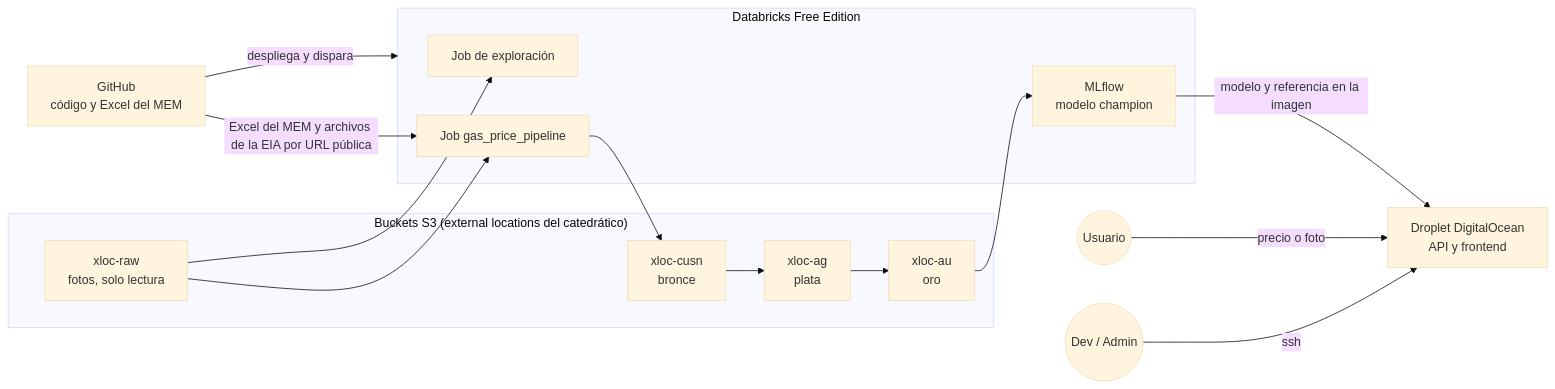
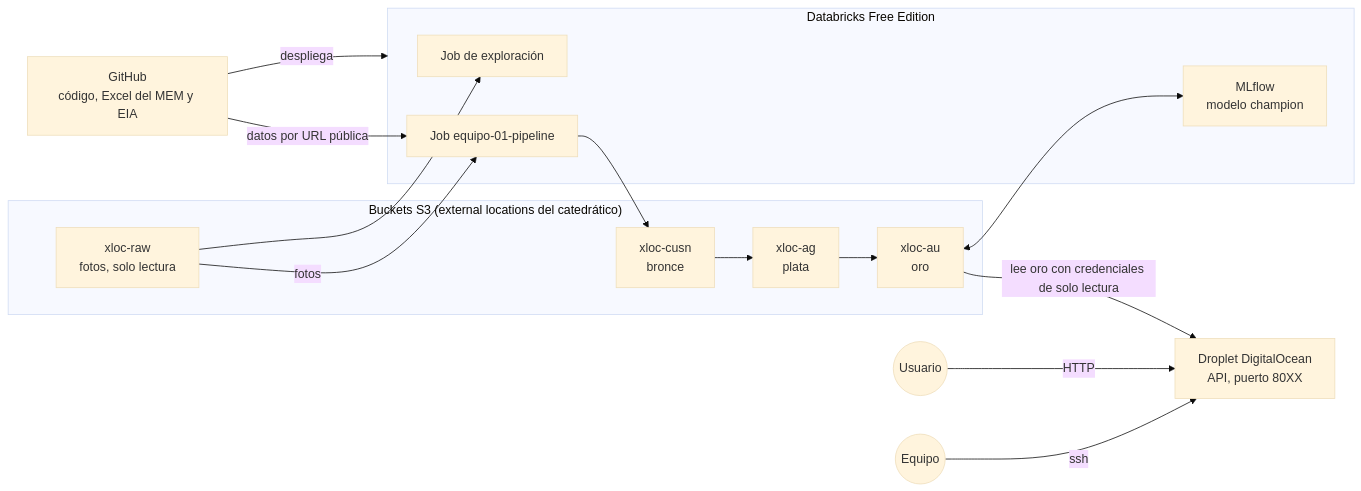
One commit to chuy-zip/MLOPS_GAS_PRICES_PROJECT changed the first of 2 diagrams in docs/arquitectura/arquitectura.md. Above: the diagram before and after it, drawn with Mermaid (base theme). The commit also changed other lines of this file and 29 other files, not shown here.

````diff
--- a/docs/arquitectura/arquitectura.md
+++ b/docs/arquitectura/arquitectura.md
@@ -5,25 +5,25 @@
 ```mermaid
 flowchart LR
     subgraph S3["Buckets S3 (external locations del catedrático)"]
         RAW["xloc-raw<br/>fotos, solo lectura"]
         BR["xloc-cusn<br/>bronce"]
         PL["xloc-ag<br/>plata"]
         OR["xloc-au<br/>oro"]
     end
 
     subgraph DBX["Databricks Free Edition"]
         EXP["Job de exploración"]
-        JOB["Job gas_price_pipeline"]
+        JOB["Job equipo-01-pipeline"]
         MLF["MLflow<br/>modelo champion"]
     end
 
-    GH["GitHub<br/>código y Excel del MEM"] -- "despliega y dispara" --> DBX
-    GH -- "Excel del MEM y archivos de la EIA por URL pública" --> JOB
+    GH["GitHub<br/>código, Excel del MEM y EIA"] -- "despliega" --> DBX
+    GH -- "datos por URL pública" --> JOB
     RAW --> EXP
-    RAW --> JOB
+    RAW -- "fotos" --> JOB
     JOB --> BR --> PL --> OR
-    OR --> MLF
-    MLF -- "modelo y referencia en la imagen" --> DROP["Droplet DigitalOcean<br/>API y frontend"]
-    USER(("Usuario")) -- "precio o foto" --> DROP
-    DEV(("Dev / Admin")) -- "ssh" --> DROP
+    OR <--> MLF
+    OR -- "lee oro con credenciales de solo lectura" --> DROP["Droplet DigitalOcean<br/>API, puerto 80XX"]
+    USER(("Usuario")) -- "HTTP" --> DROP
+    DEV(("Equipo")) -- "ssh" --> DROP
 ```
````
